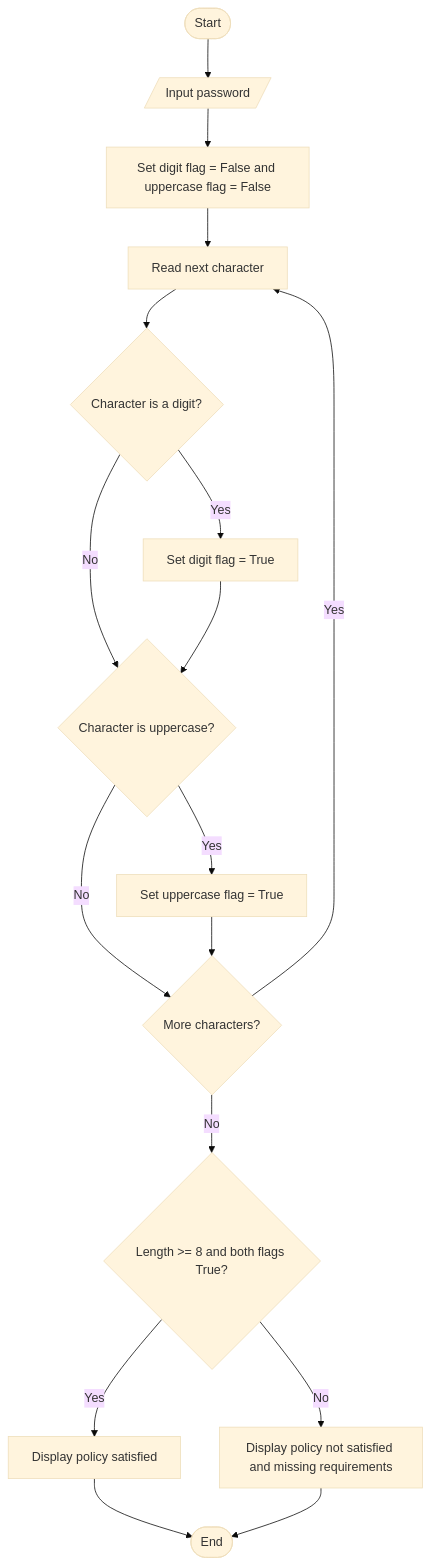
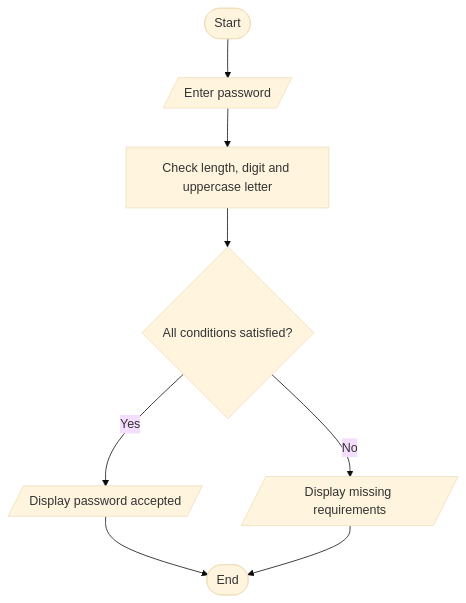
The diagram in 05_Password_Validation/flowchart.md (AmulyaShaineyCh/ABL-PYTHON), drawn with Mermaid (base theme) before and after one commit. The commit also changed other lines of this file, not shown here.

Commit message:
Simplify diagrammatic flowchart for project 5

````diff
--- a/05_Password_Validation/flowchart.md
+++ b/05_Password_Validation/flowchart.md
@@ -3,19 +3,10 @@
 ```mermaid
 flowchart TD
-    A([Start]) --> B[/Input password/]
-    B --> C[Set digit flag = False and uppercase flag = False]
-    C --> D[Read next character]
-    D --> E{Character is a digit?}
-    E -- Yes --> F[Set digit flag = True]
-    E -- No --> G{Character is uppercase?}
-    F --> G
-    G -- Yes --> H[Set uppercase flag = True]
-    G -- No --> I{More characters?}
-    H --> I
-    I -- Yes --> D
-    I -- No --> J{Length >= 8 and both flags True?}
-    J -- Yes --> K[Display policy satisfied]
-    J -- No --> L[Display policy not satisfied and missing requirements]
-    K --> Z([End])
-    L --> Z
+ A([Start]) --> B[/Enter password/]
+ B --> C[Check length, digit and uppercase letter]
+ C --> D{All conditions satisfied?}
+ D -- Yes --> E[/Display password accepted/]
+ D -- No --> F[/Display missing requirements/]
+ E --> G([End])
+ F --> G
 ```
````
